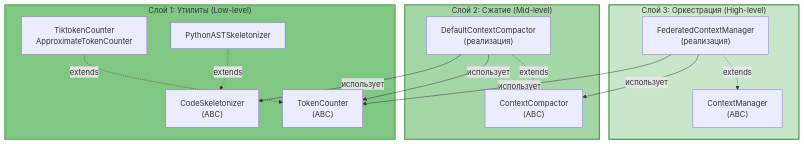
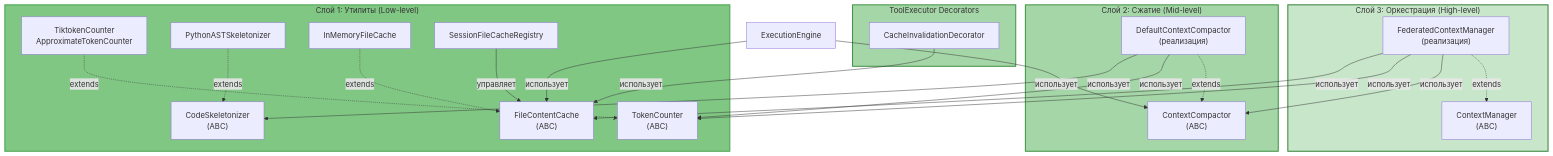
One commit to pese-git/codelab-agent changed the third of 27 diagrams in doc/internals/architecture/fcm/ARCHITECTURE.md. Above: the diagram before and after it, drawn with Mermaid. The commit also changed other lines of this file and 3 other files, not shown here.

First line of the commit message:
docs(fcm): добавить FileContentCache, SessionFileCacheRegistry, CacheInvalidationDecorator

````diff
--- a/doc/internals/architecture/fcm/ARCHITECTURE.md
+++ b/doc/internals/architecture/fcm/ARCHITECTURE.md
@@ -166,36 +166,50 @@
 ```mermaid
 graph TB
     subgraph Layer3["Слой 3: Оркестрация (High-level)"]
         CM["ContextManager<br/>(ABC)"]
         FCM["FederatedContextManager<br/>(реализация)"]
         
         FCM -.->|"extends"| CM
     end
     
     subgraph Layer2["Слой 2: Сжатие (Mid-level)"]
         CC["ContextCompactor<br/>(ABC)"]
         DCC["DefaultContextCompactor<br/>(реализация)"]
         
         DCC -.->|"extends"| CC
     end
     
     subgraph Layer1["Слой 1: Утилиты (Low-level)"]
         TC["TokenCounter<br/>(ABC)"]
         SK["CodeSkeletonizer<br/>(ABC)"]
+        FCC["FileContentCache<br/>(ABC)"]
         
         TCImpl["TiktokenCounter<br/>ApproximateTokenCounter"]
         SKImpl["PythonASTSkeletonizer"]
+        FCCImpl["InMemoryFileCache"]
+        SFCC["SessionFileCacheRegistry"]
         
         TCImpl -.->|"extends"| TC
         SKImpl -.->|"extends"| SK
+        FCCImpl -.->|"extends"| FCC
+        SFCC -->|"управляет"| FCC
+    end
+    
+    subgraph Decorators["ToolExecutor Decorators"]
+        CID["CacheInvalidationDecorator"]
+        CID -->|"использует"| FCC
     end
     
     FCM -->|"использует"| CC
     FCM -->|"использует"| TC
+    FCM -->|"использует"| FCC
     DCC -->|"использует"| TC
     DCC -->|"использует"| SK
+    EE["ExecutionEngine"] -->|"использует"| CC
+    EE -->|"использует"| FCC
     
     style Layer3 fill:#c8e6c9,stroke:#2e7d32,stroke-width:2px
     style Layer2 fill:#a5d6a7,stroke:#388e3c,stroke-width:2px
     style Layer1 fill:#81c784,stroke:#43a047,stroke-width:2px
+    style Decorators fill:#a5d6a7,stroke:#388e3c,stroke-width:2px
 ```
````
